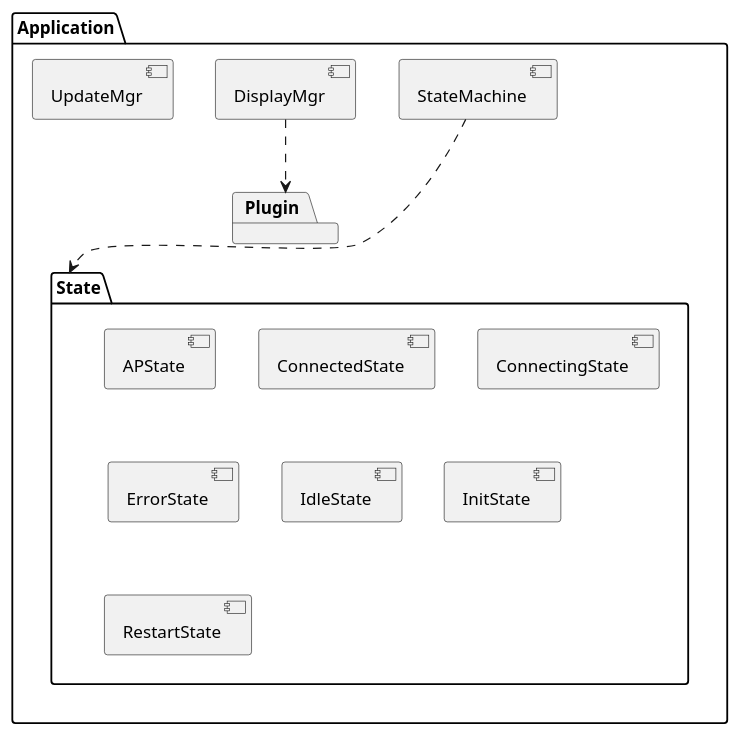
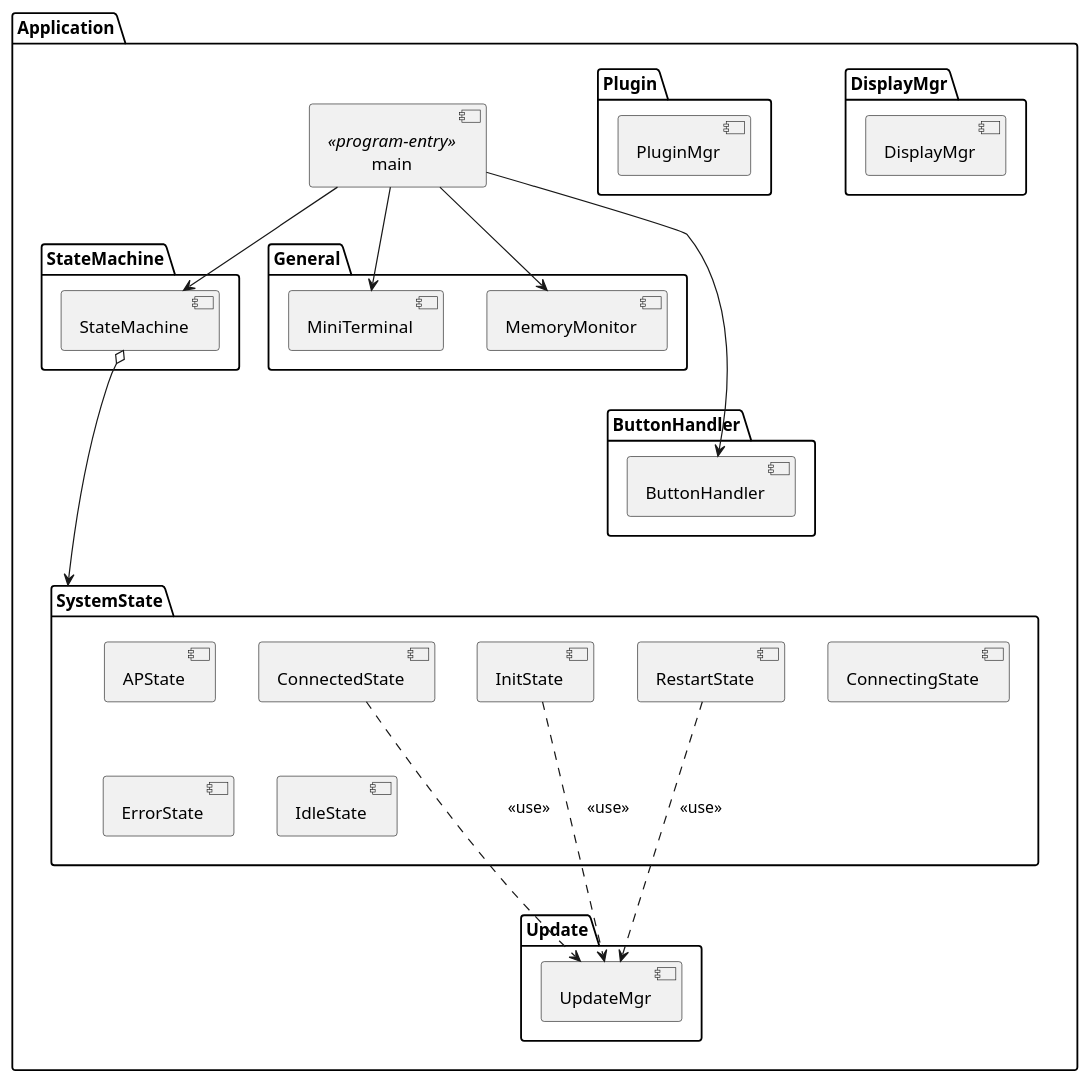
Before and after one commit to BlueAndi/Pixelix: the diagram in doc/architecture/uml/app_layer.wsd, drawn with PlantUML. The commit also changed 45 other files, not shown here.

```diff
--- a/doc/architecture/uml/app_layer.wsd
+++ b/doc/architecture/uml/app_layer.wsd
@@ -1,31 +1,53 @@
 @startuml app_layer
-
-skinparam component {
-    BackgroundColor<<Arduino>> Lightgreen
-    BackgroundColor<<Future>> White
-}
 
 package "Application" as app {
 
-    component "StateMachine" as stateMachine
-    component "DisplayMgr" as displayMgr
-    component "UpdateMgr" as updateMgr
+    component "main" as main <<program-entry>>
 
-    package Plugin
-
-    package "State" as state {
-        component "APState"
-        component "ConnectedState"
-        component "ConnectingState"
-        component "ErrorState"
-        component "IdleState"
-        component "InitState"
-        component "RestartState"
+    package "StateMachine" as stateMachinePckg {
+        component "StateMachine" as stateMachine
+    }
+    
+    package "General" as generalPckg {
+        component "MiniTerminal" as miniTerminal
+        component "MemoryMonitor" as memoryMonitor
     }
 
-    stateMachine ...> state
+    package "ButtonHandler" as buttonHandlerPckg {
+        component "ButtonHandler" as buttonHandler
+    }
 
-    displayMgr ..> Plugin
+    package "DisplayMgr" as displayMgrPckg {
+        component "DisplayMgr" as displayMgr
+    }
+
+    package "Plugin" as pluginPckg {
+        component "PluginMgr" as pluginMgr
+    }
+
+    package "SystemState" as systemStatePckg {
+        component "APState" as apState
+        component "ConnectedState" as connectedState
+        component "ConnectingState" as connectingState
+        component "ErrorState" as errorState
+        component "IdleState" as idleState
+        component "InitState" as initState
+        component "RestartState" as restartState
+    }
+
+    package "Update" as updatePckg {
+        component "UpdateMgr" as updateMgr
+    }
+
+    main --> stateMachine
+    main --> miniTerminal
+    main ---> buttonHandler
+    main --> memoryMonitor
+    stateMachine o---> systemStatePckg
+
+    initState ...> updateMgr: <<use>>
+    connectedState ...> updateMgr: <<use>>
+    restartState ...> updateMgr: <<use>>
 }
 
 @enduml
```
